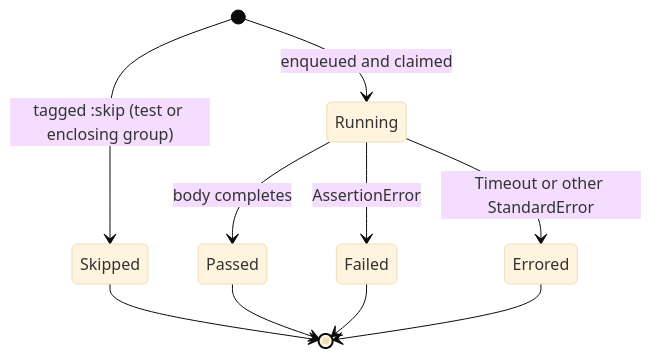
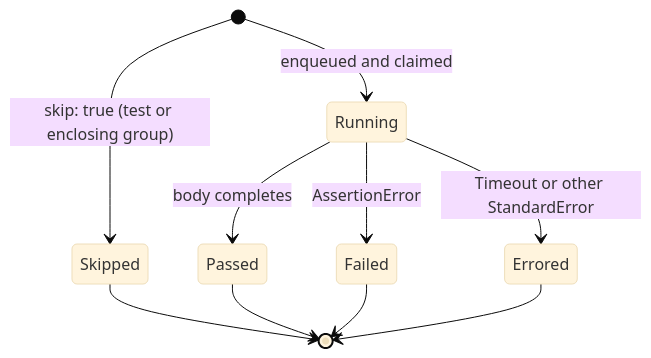
Before and after one commit to phaedryx/verity: the second of 3 diagrams in README.md, drawn with Mermaid (base theme). The commit also changed other lines of this file and 22 other files, not shown here.

````diff
--- a/README.md
+++ b/README.md
@@ -104,12 +104,12 @@
 ```mermaid
 stateDiagram-v2
-    [*] --> Skipped: tagged :skip (test or enclosing group)
+    [*] --> Skipped: skip: true (test or enclosing group)
     [*] --> Running: enqueued and claimed
     Running --> Passed: body completes
     Running --> Failed: AssertionError
     Running --> Errored: Timeout or other StandardError
     Skipped --> [*]
     Passed --> [*]
     Failed --> [*]
     Errored --> [*]
 ```
````
